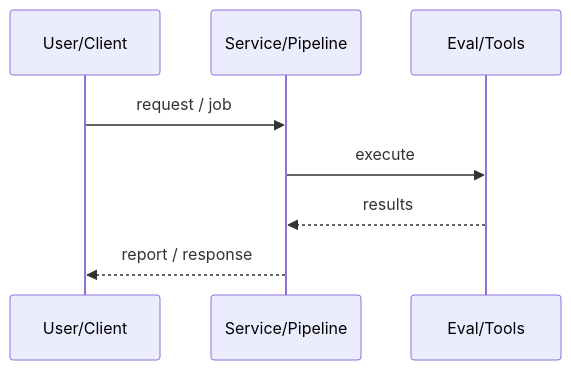
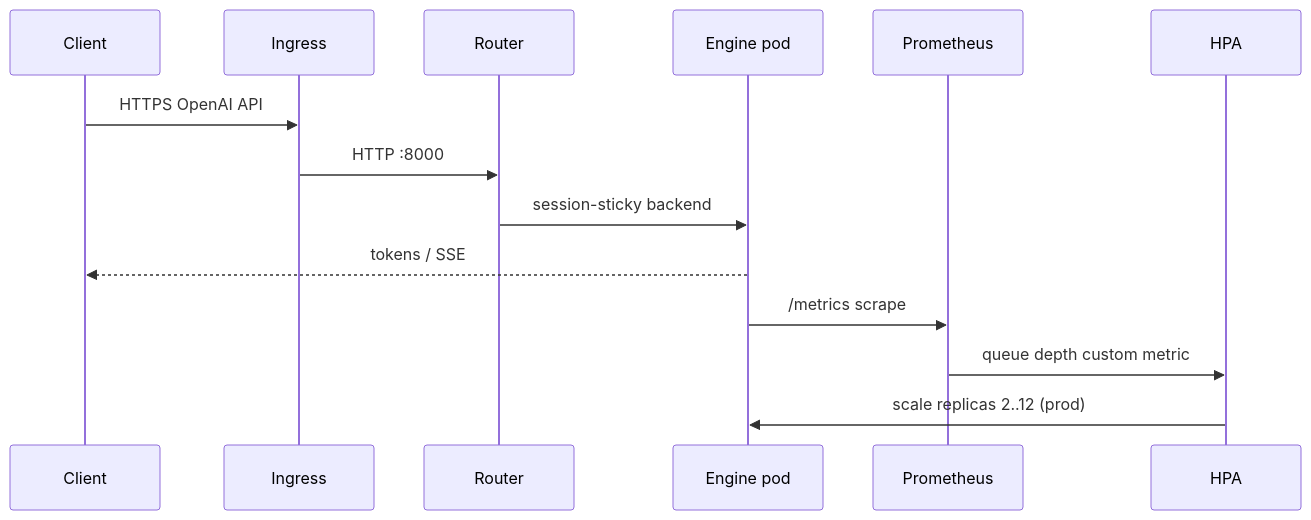
One commit to ArchanaChetan07/KubeInfer changed the seventh of 7 diagrams in README.md. Above: the diagram before and after it, drawn with Mermaid. The commit also changed other lines of this file, not shown here.

Commit message:
docs: FAANG-ready README with Helm architecture diagrams and prod HPA/alert metrics

````diff
--- a/README.md
+++ b/README.md
@@ -42,10 +171,16 @@
 ```mermaid
 sequenceDiagram
-  participant U as User/Client
-  participant S as Service/Pipeline
-  participant E as Eval/Tools
-  U->>S: request / job
-  S->>E: execute
-  E-->>S: results
-  S-->>U: report / response
+  participant C as Client
+  participant I as Ingress
+  participant R as Router
+  participant E as Engine pod
+  participant P as Prometheus
+  participant H as HPA
+  C->>I: HTTPS OpenAI API
+  I->>R: HTTP :8000
+  R->>E: session-sticky backend
+  E-->>C: tokens / SSE
+  E->>P: /metrics scrape
+  P->>H: queue depth custom metric
+  H->>E: scale replicas 2..12 (prod)
 ```
````
